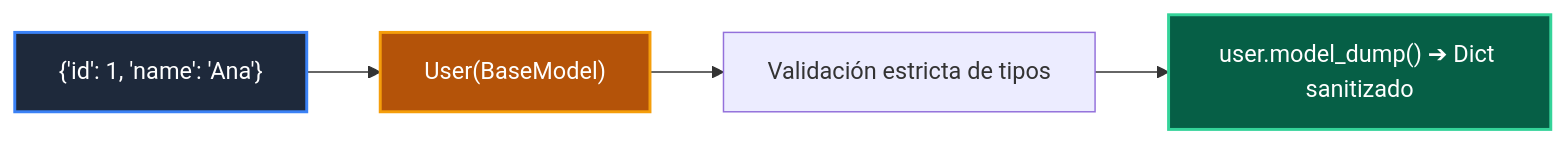
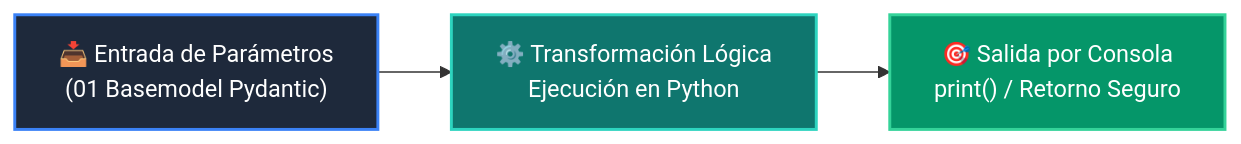
One commit to wisrovi/wisrovi-python changed the diagram in 03-agentes-ia/clase-03-salidas-estructuradas-pydantic/ejemplos/ejemplo_01_basemodel_pydantic/README.md. Above: the diagram before and after it, drawn with Mermaid. The commit also changed other lines of this file and 226 other files, not shown here.

Commit message:
docs: elevate all repository READMEs to world-class mastery standard with rich pedagogical architecture, custom Mermaids, and professional styling

````diff
--- a/03-agentes-ia/clase-03-salidas-estructuradas-pydantic/ejemplos/ejemplo_01_basemodel_pydantic/README.md
+++ b/03-agentes-ia/clase-03-salidas-estructuradas-pydantic/ejemplos/ejemplo_01_basemodel_pydantic/README.md
@@ -12,10 +19,9 @@
 ```mermaid
 flowchart LR
-    DICT["{'id': 1, 'name': 'Ana'}"] --> MODEL["User(BaseModel)"]
-    MODEL --> VAL["Validación estricta de tipos"]
-    VAL --> DUMP["user.model_dump() ➔ Dict sanitizado"]
+    A["📥 Entrada de Parámetros<br/>(01 Basemodel Pydantic)"] --> B["⚙️ Transformación Lógica<br/>Ejecución en Python"]
+    B --> C["🎯 Salida por Consola<br/>print() / Retorno Seguro"]
 
-    style DICT fill:#1e293b,color:#fff,stroke:#3b82f6,stroke-width:2px
-    style MODEL fill:#b45309,color:#fff,stroke:#f59e0b,stroke-width:2px
-    style DUMP fill:#065f46,color:#fff,stroke:#34d399,stroke-width:2px
+    style A fill:#1e293b,color:#ffffff,stroke:#3b82f6,stroke-width:2px
+    style B fill:#0f766e,color:#ffffff,stroke:#2dd4bf,stroke-width:2px
+    style C fill:#059669,color:#ffffff,stroke:#34d399,stroke-width:2px
 ```
````
